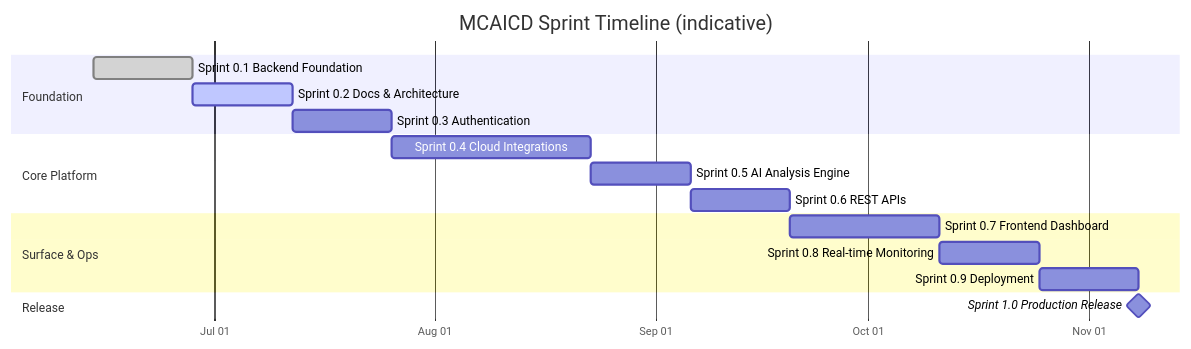
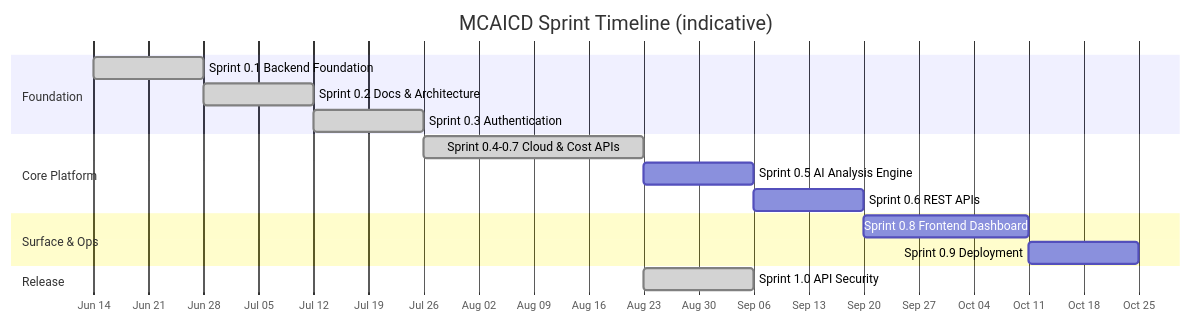
One commit to manikantadakarapu/multi-cloud-ai-cost-detector changed the first of 2 diagrams in docs/project-roadmap.md. Above: the diagram before and after it, drawn with Mermaid. The commit also changed other lines of this file and 9 other files, not shown here.

First line of the commit message:
feat: Sprint 1.0 — Authentication & API Security (#18)

````diff
--- a/docs/project-roadmap.md
+++ b/docs/project-roadmap.md
@@ -74,24 +74,23 @@
 ```mermaid
 gantt
     title MCAICD Sprint Timeline (indicative)
     dateFormat  YYYY-MM-DD
     axisFormat  %b %d
 
     section Foundation
     Sprint 0.1 Backend Foundation       :done, s01, 2026-06-14, 14d
-    Sprint 0.2 Docs & Architecture      :active, s02, 2026-06-28, 14d
-    Sprint 0.3 Authentication           :s03, after s02, 14d
+    Sprint 0.2 Docs & Architecture      :done, s02, 2026-06-28, 14d
+    Sprint 0.3 Authentication           :done, s03, after s02, 14d
 
     section Core Platform
-    Sprint 0.4 Cloud Integrations       :s04, after s03, 28d
+    Sprint 0.4-0.7 Cloud & Cost APIs     :done, s04, after s03, 28d
     Sprint 0.5 AI Analysis Engine       :s05, after s04, 14d
     Sprint 0.6 REST APIs                :s06, after s05, 14d
 
     section Surface & Ops
-    Sprint 0.7 Frontend Dashboard       :s07, after s06, 21d
-    Sprint 0.8 Real-time Monitoring     :s08, after s07, 14d
-    Sprint 0.9 Deployment               :s09, after s08, 14d
+    Sprint 0.8 Frontend Dashboard       :s07, after s06, 21d
+    Sprint 0.9 Deployment               :s09, after s07, 14d
 
     section Release
-    Sprint 1.0 Production Release       :milestone, after s09, 0d
+    Sprint 1.0 API Security              :done, s10, after s04, 14d
 ```
````
